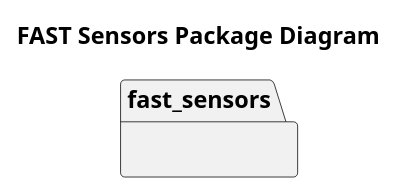
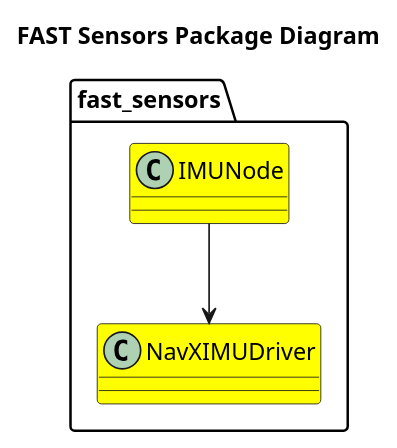
The diagram in doc/FASTSensorsPackageDiagram.puml (fastrobotics/fast_sensors), drawn with PlantUML before and after one commit. The commit also changed 1 other file, not shown here.

```diff
--- a/doc/FASTSensorsPackageDiagram.puml
+++ b/doc/FASTSensorsPackageDiagram.puml
@@ -1,7 +1,11 @@
 @startuml
 title FAST Sensors Package Diagram
 
 package fast_sensors {
+    class IMUNode #Yellow
+
+    class NavXIMUDriver #Yellow
+    IMUNode --> NavXIMUDriver
 }
 
 @enduml
```
